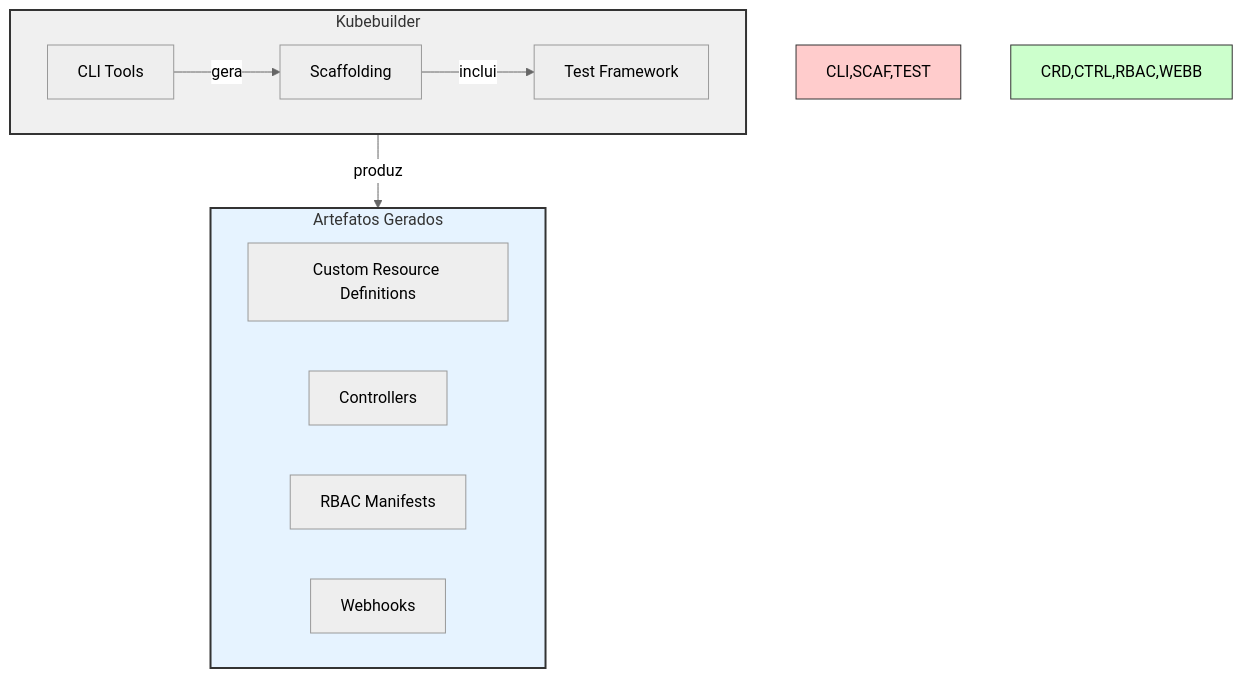
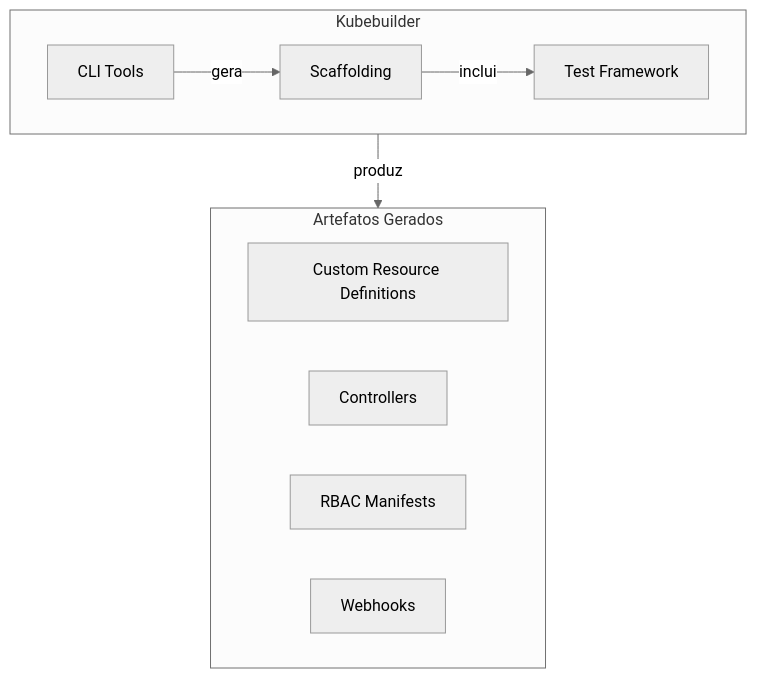
One commit to cloud104/tcloud-devops-k8s-operators-training changed the first of 4 diagrams in docs/extras/kubebuilder-guide.md. Above: the diagram before and after it, drawn with Mermaid (neutral theme). The commit also changed other lines of this file and 6 other files, not shown here.

First line of the commit message:
docs: revisa material teorico, corrige APIs e melhora diagramas

````diff
--- a/docs/extras/kubebuilder-guide.md
+++ b/docs/extras/kubebuilder-guide.md
@@ -7,25 +6,20 @@
 ```mermaid
 flowchart TD
     subgraph KB ["Kubebuilder"]
         CLI["CLI Tools"]
         SCAF["Scaffolding"]
         TEST["Test Framework"]
         
         CLI -->|gera| SCAF
         SCAF -->|inclui| TEST
     end
     
     subgraph OUT ["Artefatos Gerados"]
         CRD["Custom Resource Definitions"]
         CTRL["Controllers"]
         RBAC["RBAC Manifests"]
         WEBB["Webhooks"]
     end
     
     KB -->|produz| OUT
-    
-    style KB fill:#f0f0f0,stroke:#333,stroke-width:2px
-    style OUT fill:#e6f3ff,stroke:#333,stroke-width:2px
-    style CLI,SCAF,TEST fill:#ffcccc,stroke:#333
-    style CRD,CTRL,RBAC,WEBB fill:#ccffcc,stroke:#333
 ```
````
